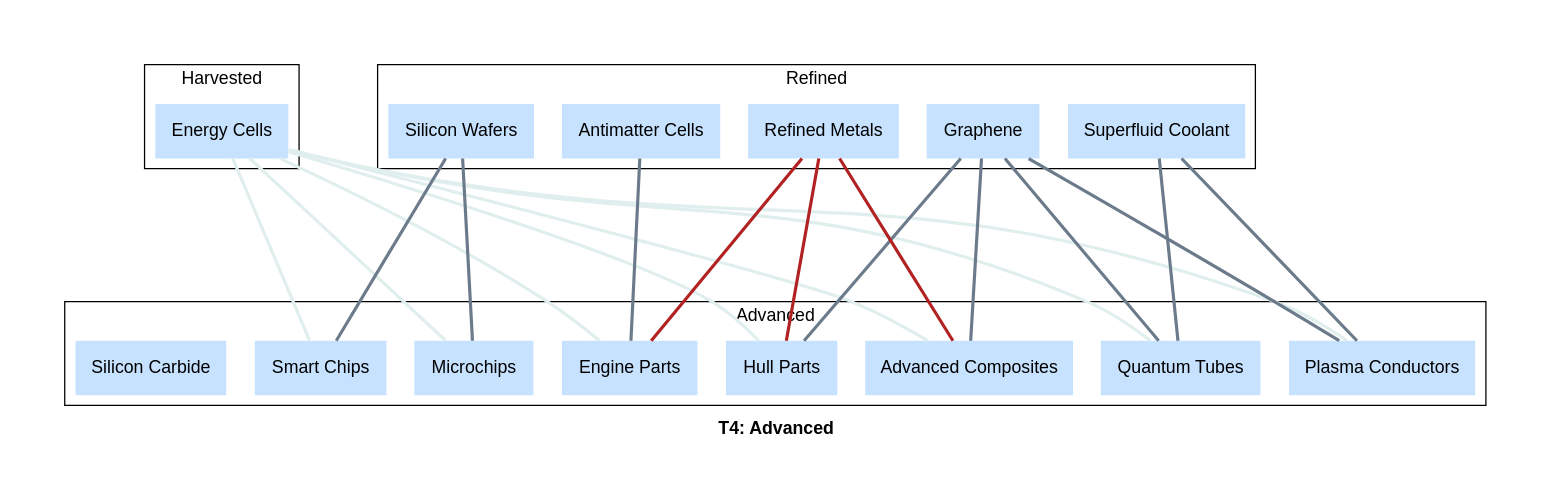
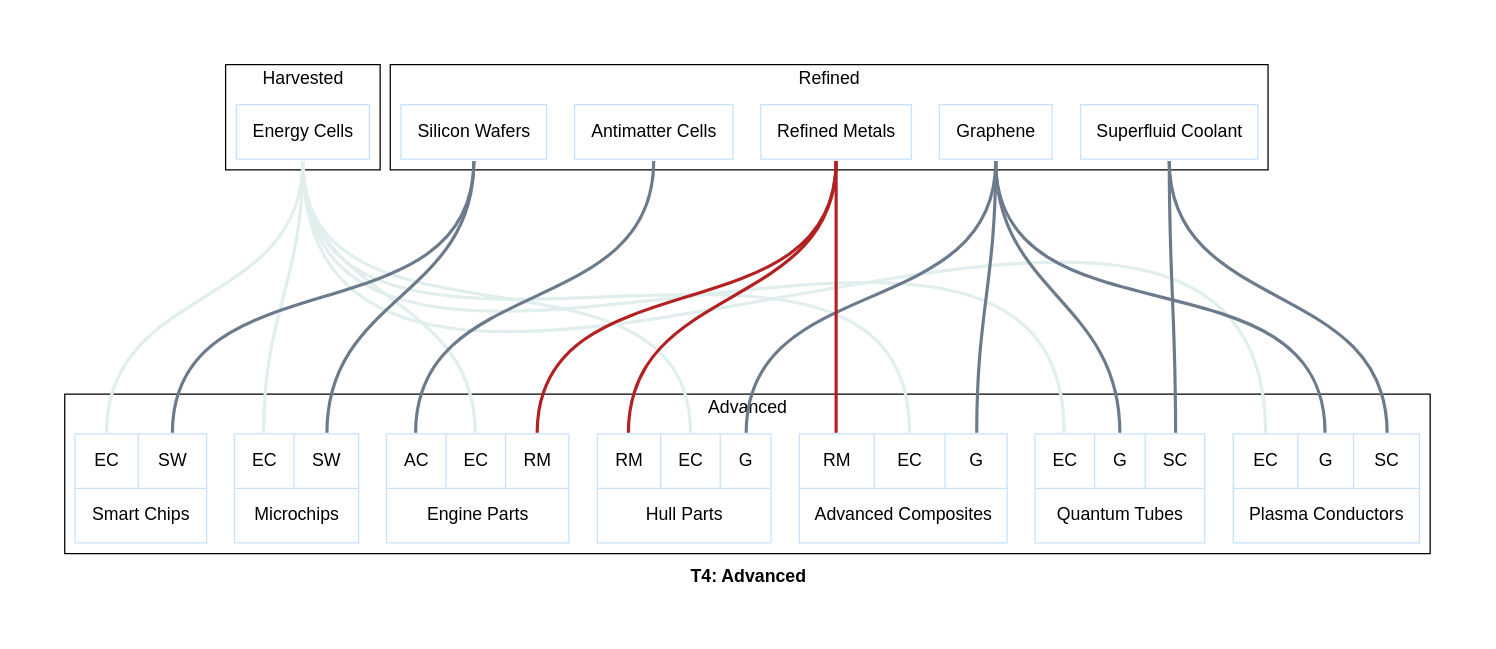
One commit to borntyping/x4-diagrams changed the diagram in docs/t4_advanced_graph.dot. Above: the diagram before and after it, drawn with Graphviz. The commit also changed 81 other files, not shown here.

Commit message:
Record-type graphviz nodes showing inputs

```diff
--- a/docs/t4_advanced_graph.dot
+++ b/docs/t4_advanced_graph.dot
@@ -1,49 +1,49 @@
 graph "X4 Economy" {
+	edge [arrowType=normal]
 	compound=true fontname="Helvetica,Arial,sans-serif"
 	label=<<b>T4: Advanced</b>>
-	graph [nodesep=0.3 pad=0.5 ranksep=2]
-	node [color=slategray1 fontname="Helvetica,Arial,sans-serif" margin=0.2 penwidth=0 shape=record style=filled]
-	edge [fontname="Helvetica,Arial,sans-serif" penwidth=2.5]
+	graph [nodesep=0.3 pad=0.5 ranksep=3]
+	node [color=slategray1 fontname="Helvetica,Arial,sans-serif" margin=0.2 penwidth=1 shape=box]
+	edge [arrowhead=normal arrowtype=normal fontname="Helvetica,Arial,sans-serif" headport=n penwidth=2.5 tailport=s]
 	subgraph 0 {
 		cluster=true label=Harvested
-		"Energy Cells" [colour=lightsteelblue2 shape=box]
+		energy_cells [label="{<output> Energy Cells}" colour=lightsteelblue2 shape=record]
 	}
 	subgraph 3 {
 		cluster=true label=Refined
-		"Superfluid Coolant" [colour=lightsteelblue2 shape=box]
-		Graphene [colour=lightsteelblue2 shape=box]
-		"Refined Metals" [colour=lightsteelblue2 shape=box]
-		"Antimatter Cells" [colour=lightsteelblue2 shape=box]
-		"Silicon Wafers" [colour=lightsteelblue2 shape=box]
+		superfluid_coolant [label="{<output> Superfluid Coolant}" colour=lightsteelblue2 shape=record]
+		graphene [label="{<output> Graphene}" colour=lightsteelblue2 shape=record]
+		refined_metals [label="{<output> Refined Metals}" colour=lightsteelblue2 shape=record]
+		antimatter_cells [label="{<output> Antimatter Cells}" colour=lightsteelblue2 shape=record]
+		silicon_wafers [label="{<output> Silicon Wafers}" colour=lightsteelblue2 shape=record]
 	}
 	subgraph 4 {
 		cluster=true label=Advanced
-		"Plasma Conductors" [colour=lightsteelblue2 shape=box]
-		"Quantum Tubes" [colour=lightsteelblue2 shape=box]
-		"Advanced Composites" [colour=lightsteelblue2 shape=box]
-		"Hull Parts" [colour=lightsteelblue2 shape=box]
-		"Engine Parts" [colour=lightsteelblue2 shape=box]
-		Microchips [colour=lightsteelblue2 shape=box]
-		"Smart Chips" [colour=lightsteelblue2 shape=box]
-		"Silicon Carbide" [colour=lightsteelblue2 shape=box]
+		plasma_conductors [label="{{<energy_cells> EC|<graphene> G|<superfluid_coolant> SC}|<output> Plasma Conductors}" colour=lightsteelblue2 shape=record]
+		quantum_tubes [label="{{<energy_cells> EC|<graphene> G|<superfluid_coolant> SC}|<output> Quantum Tubes}" colour=lightsteelblue2 shape=record]
+		advanced_composites [label="{{<refined_metals> RM|<energy_cells> EC|<graphene> G}|<output> Advanced Composites}" colour=lightsteelblue2 shape=record]
+		hull_parts [label="{{<refined_metals> RM|<energy_cells> EC|<graphene> G}|<output> Hull Parts}" colour=lightsteelblue2 shape=record]
+		engine_parts [label="{{<antimatter_cells> AC|<energy_cells> EC|<refined_metals> RM}|<output> Engine Parts}" colour=lightsteelblue2 shape=record]
+		microchips [label="{{<energy_cells> EC|<silicon_wafers> SW}|<output> Microchips}" colour=lightsteelblue2 shape=record]
+		smart_chips [label="{{<energy_cells> EC|<silicon_wafers> SW}|<output> Smart Chips}" colour=lightsteelblue2 shape=record]
 	}
-	"Energy Cells" -- "Plasma Conductors" [color=azure2 constraint=false]
-	Graphene -- "Plasma Conductors" [color=slategray4 constraint=true]
-	"Superfluid Coolant" -- "Plasma Conductors" [color=slategray4 constraint=true]
-	"Energy Cells" -- "Quantum Tubes" [color=azure2 constraint=false]
-	Graphene -- "Quantum Tubes" [color=slategray4 constraint=true]
-	"Superfluid Coolant" -- "Quantum Tubes" [color=slategray4 constraint=true]
-	"Energy Cells" -- "Advanced Composites" [color=azure2 constraint=false]
-	Graphene -- "Advanced Composites" [color=slategray4 constraint=true]
-	"Refined Metals" -- "Advanced Composites" [color=firebrick constraint=true]
-	"Energy Cells" -- "Hull Parts" [color=azure2 constraint=false]
-	Graphene -- "Hull Parts" [color=slategray4 constraint=true]
-	"Refined Metals" -- "Hull Parts" [color=firebrick constraint=true]
-	"Antimatter Cells" -- "Engine Parts" [color=slategray4 constraint=true]
-	"Energy Cells" -- "Engine Parts" [color=azure2 constraint=false]
-	"Refined Metals" -- "Engine Parts" [color=firebrick constraint=true]
-	"Energy Cells" -- Microchips [color=azure2 constraint=false]
-	"Silicon Wafers" -- Microchips [color=slategray4 constraint=true]
-	"Energy Cells" -- "Smart Chips" [color=azure2 constraint=false]
-	"Silicon Wafers" -- "Smart Chips" [color=slategray4 constraint=true]
+	energy_cells:output:s -- plasma_conductors:energy_cells:n [color=azure2]
+	graphene:output:s -- plasma_conductors:graphene:n [color=slategray4]
+	superfluid_coolant:output:s -- plasma_conductors:superfluid_coolant:n [color=slategray4]
+	energy_cells:output:s -- quantum_tubes:energy_cells:n [color=azure2]
+	graphene:output:s -- quantum_tubes:graphene:n [color=slategray4]
+	superfluid_coolant:output:s -- quantum_tubes:superfluid_coolant:n [color=slategray4]
+	energy_cells:output:s -- advanced_composites:energy_cells:n [color=azure2]
+	graphene:output:s -- advanced_composites:graphene:n [color=slategray4]
+	refined_metals:output:s -- advanced_composites:refined_metals:n [color=firebrick]
+	energy_cells:output:s -- hull_parts:energy_cells:n [color=azure2]
+	graphene:output:s -- hull_parts:graphene:n [color=slategray4]
+	refined_metals:output:s -- hull_parts:refined_metals:n [color=firebrick]
+	antimatter_cells:output:s -- engine_parts:antimatter_cells:n [color=slategray4]
+	energy_cells:output:s -- engine_parts:energy_cells:n [color=azure2]
+	refined_metals:output:s -- engine_parts:refined_metals:n [color=firebrick]
+	energy_cells:output:s -- microchips:energy_cells:n [color=azure2]
+	silicon_wafers:output:s -- microchips:silicon_wafers:n [color=slategray4]
+	energy_cells:output:s -- smart_chips:energy_cells:n [color=azure2]
+	silicon_wafers:output:s -- smart_chips:silicon_wafers:n [color=slategray4]
 }
```
